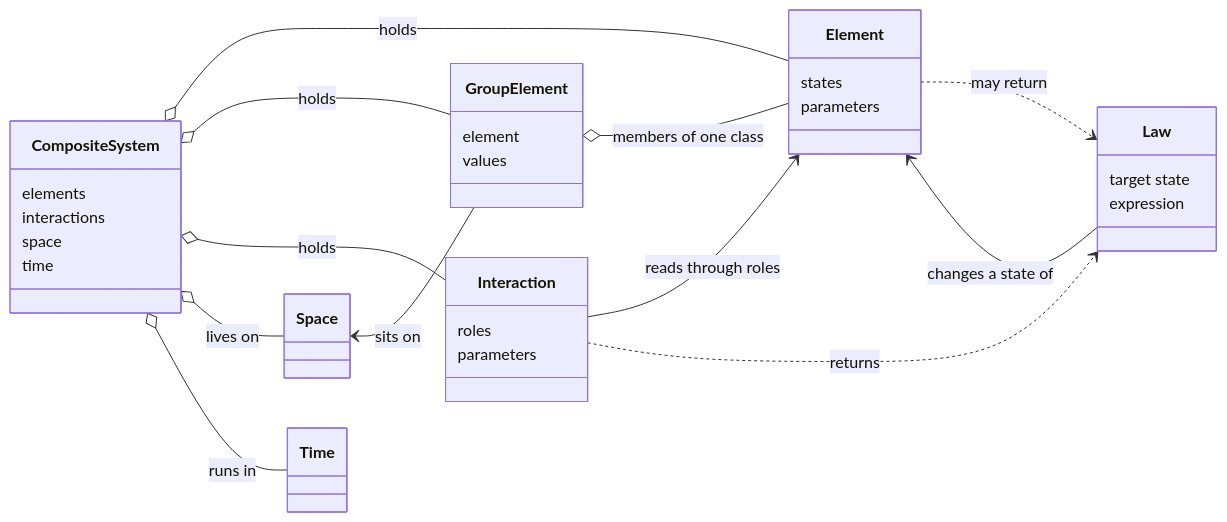
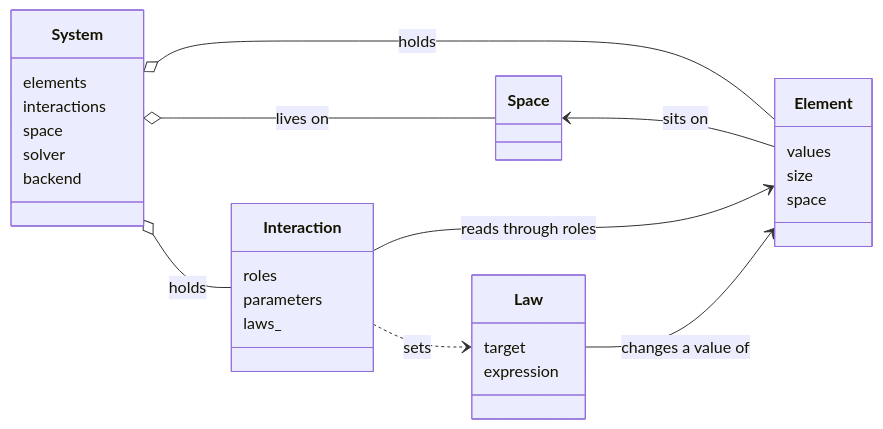
The first of 2 diagrams in docs/overview/user_guide/core_components/index.md (georgedouzas/scikit-complexity), drawn with Mermaid before and after one commit. The commit also changed other lines of this file, not shown here.

Commit message:
docs: Build the predator and prey of the components overview on System

````diff
--- a/docs/overview/user_guide/core_components/index.md
+++ b/docs/overview/user_guide/core_components/index.md
@@ -13,37 +15,32 @@
 ```mermaid
 classDiagram
     direction LR
-    class CompositeSystem {
+    class System {
         elements
         interactions
         space
-        time
-    }
-    class GroupElement {
-        element
-        values
+        solver
+        backend
     }
     class Element {
-        states
-        parameters
+        values
+        size
+        space
     }
     class Interaction {
         roles
         parameters
+        laws_
     }
     class Law {
-        target state
+        target
         expression
     }
-    CompositeSystem o-- Element : holds
-    CompositeSystem o-- GroupElement : holds
-    CompositeSystem o-- Interaction : holds
-    CompositeSystem o-- Space : lives on
-    CompositeSystem o-- Time : runs in
-    GroupElement o-- Element : members of one class
-    Space <-- GroupElement : sits on
+    System o-- Element : holds
+    System o-- Interaction : holds
+    System o-- Space : lives on
+    Space <-- Element : sits on
     Interaction --> Element : reads through roles
-    Interaction ..> Law : returns
-    Element ..> Law : may return
-    Law --> Element : changes a state of
+    Interaction ..> Law : sets
+    Law --> Element : changes a value of
 ```
````
